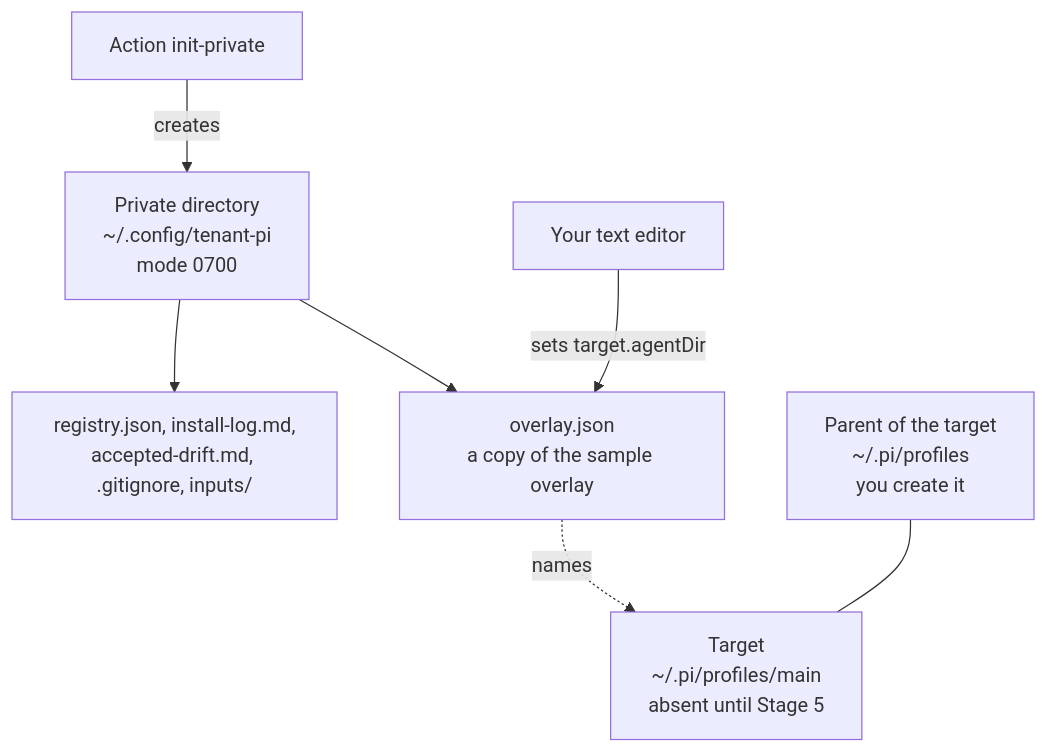
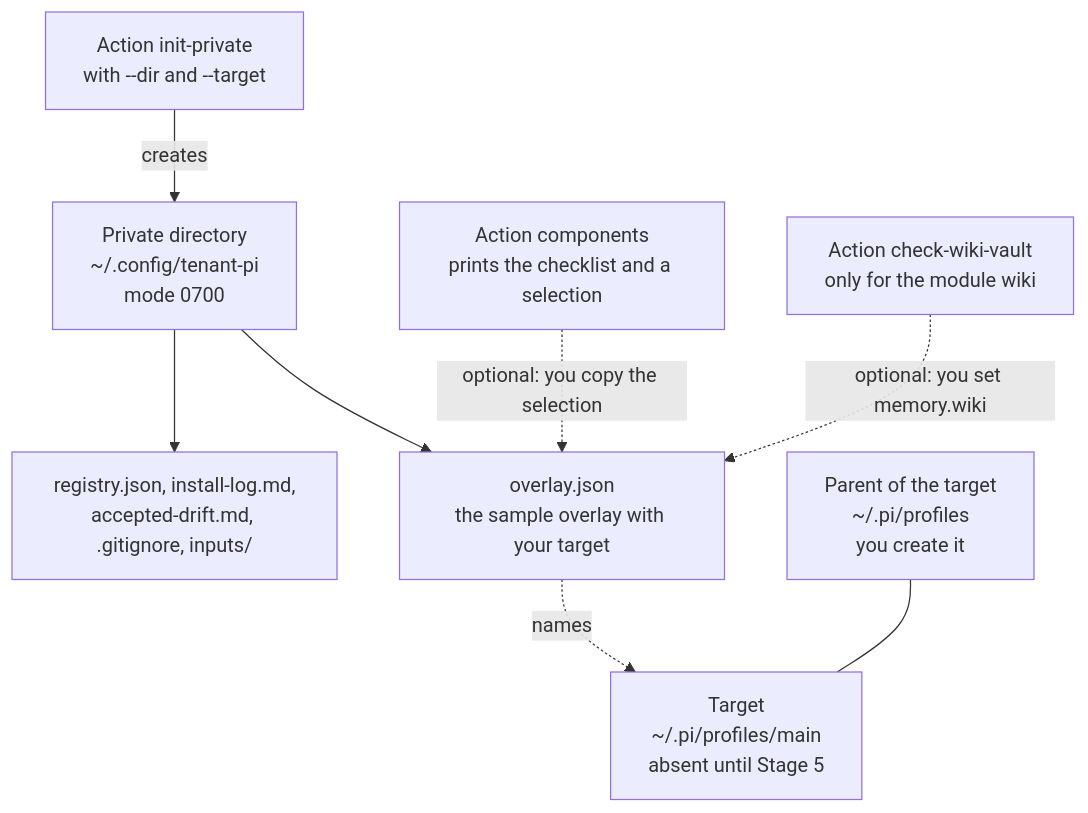
One commit to ryg40/tenant-docs changed the diagram in src/content/docs/tenant-pi/install/stage-2-edit-the-local-choices.mdx. Above: the diagram before and after it, drawn with Mermaid. The commit also changed other lines of this file and 195 other files, not shown here.

````diff
--- a/src/content/docs/tenant-pi/install/stage-2-edit-the-local-choices.mdx
+++ b/src/content/docs/tenant-pi/install/stage-2-edit-the-local-choices.mdx
@@ -20,9 +20,10 @@
 ```mermaid
 flowchart TD
-    init["Action init-private"] -->|"creates"| dir["Private directory<br/>~/.config/tenant-pi<br/>mode 0700"]
-    dir --> overlay["overlay.json<br/>a copy of the sample overlay"]
+    init["Action init-private<br/>with --dir and --target"] -->|"creates"| dir["Private directory<br/>~/.config/tenant-pi<br/>mode 0700"]
+    dir --> overlay["overlay.json<br/>the sample overlay with your target"]
     dir --> records["registry.json, install-log.md,<br/>accepted-drift.md, .gitignore, inputs/"]
-    editor["Your text editor"] -->|"sets target.agentDir"| overlay
     overlay -.->|"names"| target["Target<br/>~/.pi/profiles/main<br/>absent until Stage 5"]
     parent["Parent of the target<br/>~/.pi/profiles<br/>you create it"] --- target
+    components["Action components<br/>prints the checklist and a selection"] -.->|"optional: you copy the selection"| overlay
+    vault["Action check-wiki-vault<br/>only for the module wiki"] -.->|"optional: you set memory.wiki"| overlay
 ```
````
